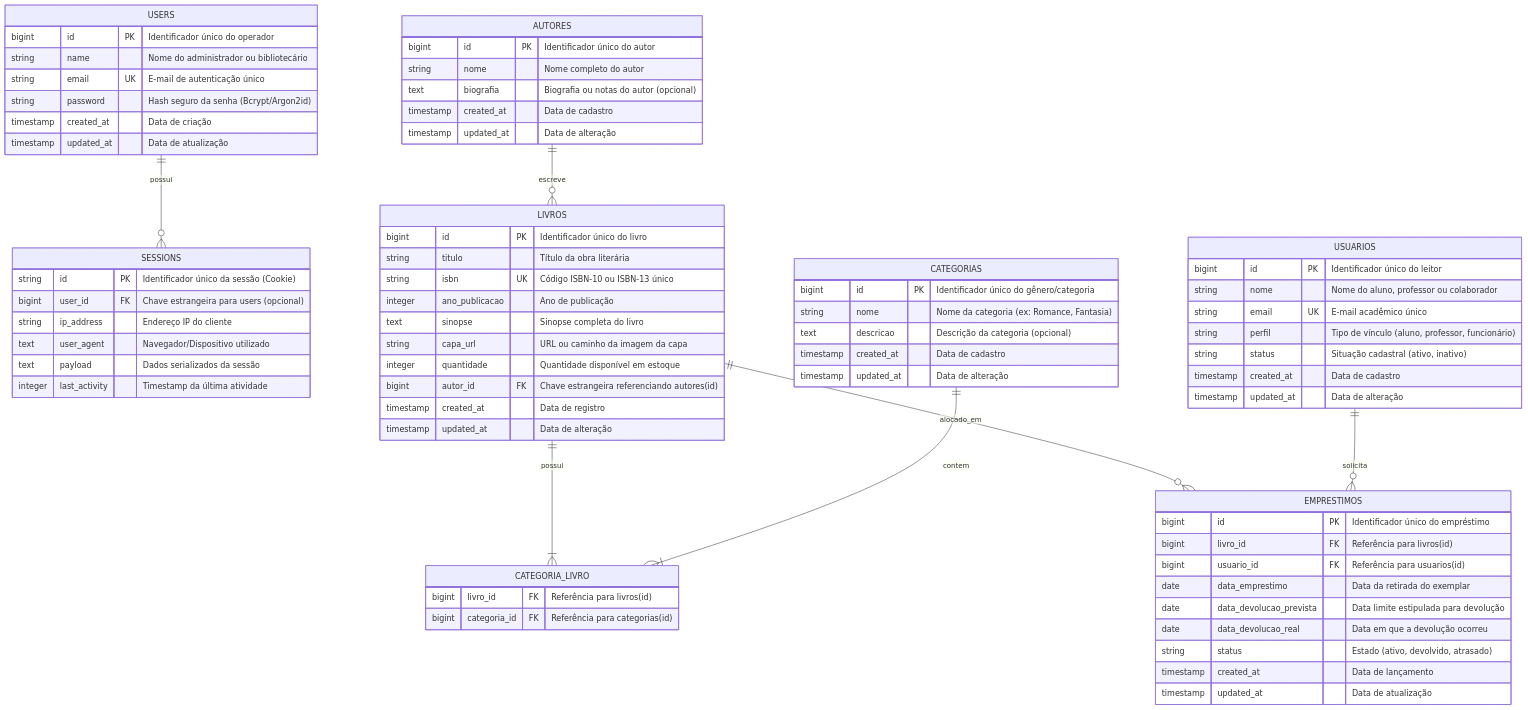
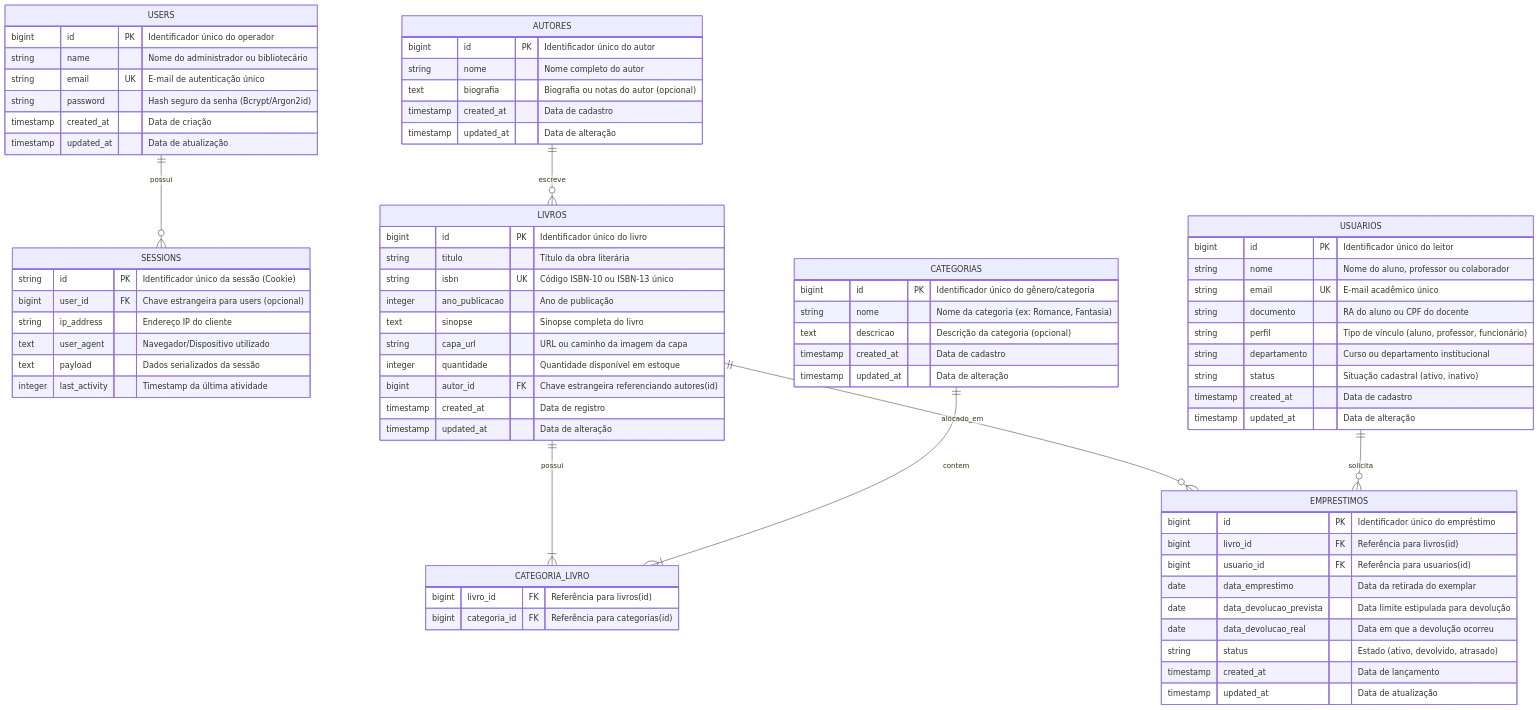
The diagram in DER.md (gkiill/Sistema-Biblioteca-Escolar), drawn with Mermaid before and after one commit. The commit also changed 2 other files, not shown here.

Commit message:
docs: cria documentacao tecnica detalhada de handover e atualiza DER

```diff
--- a/DER.md
+++ b/DER.md
@@ -72,7 +72,9 @@
         bigint id PK "Identificador único do leitor"
         string nome "Nome do aluno, professor ou colaborador"
         string email UK "E-mail acadêmico único"
+        string documento "RA do aluno ou CPF do docente"
         string perfil "Tipo de vínculo (aluno, professor, funcionário)"
+        string departamento "Curso ou departamento institucional"
         string status "Situação cadastral (ativo, inativo)"
         timestamp created_at "Data de cadastro"
         timestamp updated_at "Data de alteração"
```
